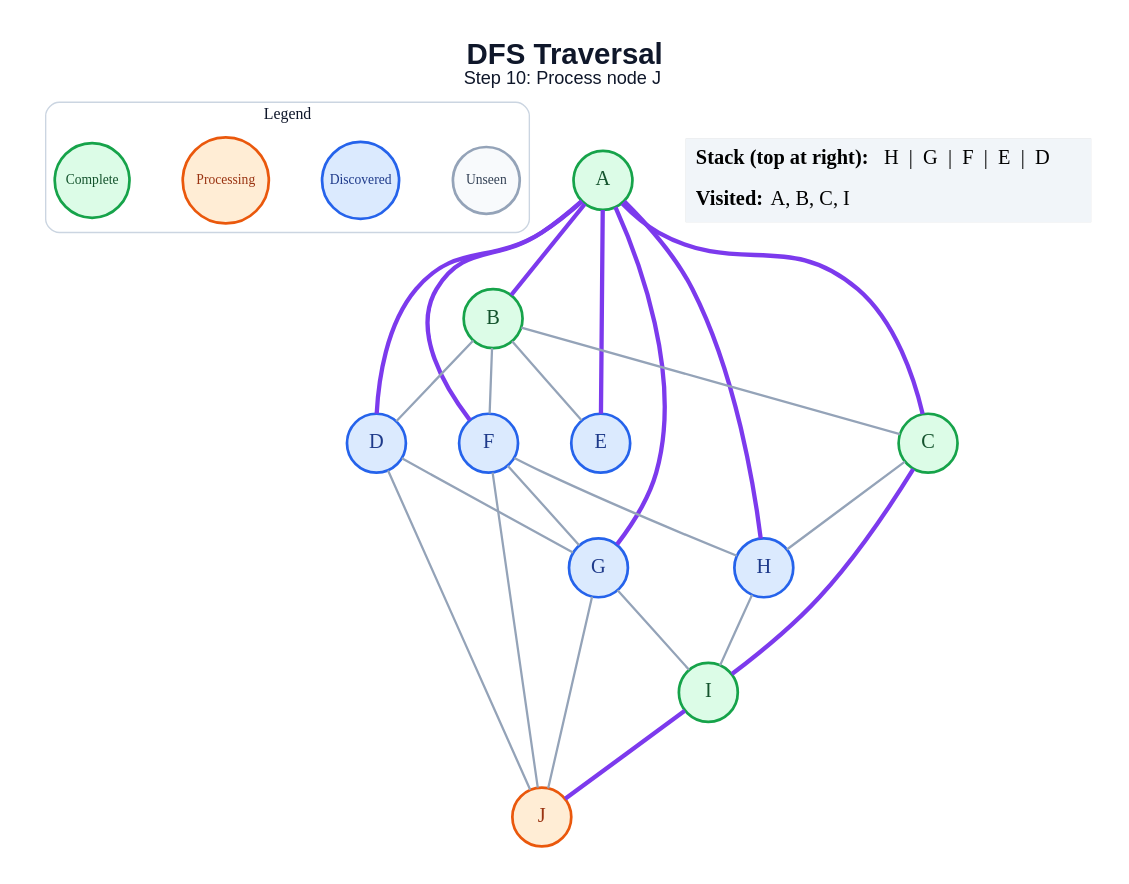
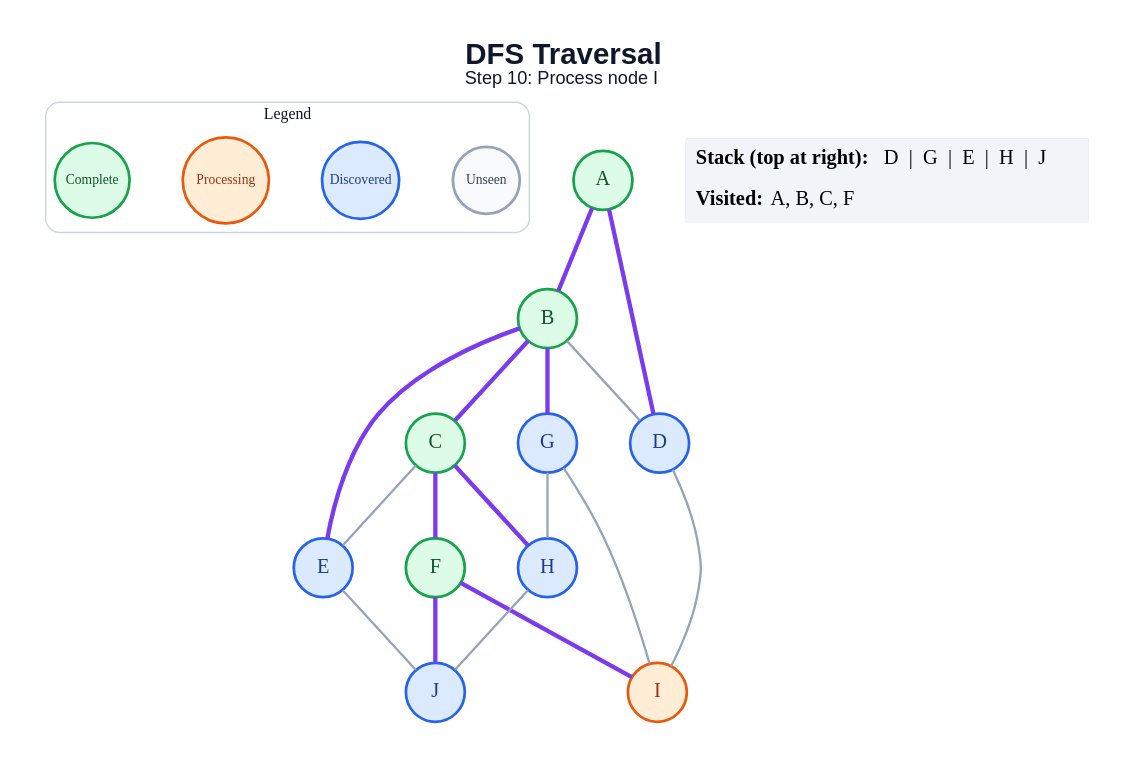
One commit to amanghodawala9/ai-slop changed the diagram in generated/dfs/step_10.dot. Above: the diagram before and after it, drawn with Graphviz. The commit also changed 178 other files, not shown here.

```diff
--- a/generated/dfs/step_10.dot
+++ b/generated/dfs/step_10.dot
@@ -1,51 +1,45 @@
 graph traversal {
   graph [layout=dot, rankdir=TB, bgcolor="#FFFFFF", pad="0.35", nodesep="0.65", ranksep="0.8", fontname="Arial"];
   node [shape=circle, style="filled", fontname="Arial Bold", fontsize=18, width=0.72, fixedsize=true, penwidth=2.4];
   edge [color="#94A3B8", penwidth=2.0];
-  label=<<B>DFS Traversal</B><BR/><FONT POINT-SIZE="16">Step 10: Process node J</FONT>>; labelloc="t"; fontsize=26; fontname="Arial"; fontcolor="#0F172A";
+  label=<<B>DFS Traversal</B><BR/><FONT POINT-SIZE="16">Step 10: Process node I</FONT>>; labelloc="t"; fontsize=26; fontname="Arial"; fontcolor="#0F172A";
   subgraph cluster_legend { label="Legend"; color="#CBD5E1"; penwidth=1.2; style="rounded"; fontsize=14; fontname="Arial Bold";
     key_unseen [label="Unseen", fillcolor="#F8FAFC", color="#94A3B8", fontcolor="#334155", fontsize=12, width=0.82];
     key_frontier [label="Discovered", fillcolor="#DBEAFE", color="#2563EB", fontcolor="#1E3A8A", fontsize=12, width=0.95];
     key_current [label="Processing", fillcolor="#FFEDD5", color="#EA580C", fontcolor="#9A3412", fontsize=12, width=1.05];
     key_done [label="Complete", fillcolor="#DCFCE7", color="#16A34A", fontcolor="#14532D", fontsize=12, width=0.92];
     { rank=same; key_unseen; key_frontier; key_current; key_done; }
   }
   A [fillcolor="#DCFCE7", color="#16A34A", fontcolor="#14532D"];
   B [fillcolor="#DCFCE7", color="#16A34A", fontcolor="#14532D"];
   C [fillcolor="#DCFCE7", color="#16A34A", fontcolor="#14532D"];
   D [fillcolor="#DBEAFE", color="#2563EB", fontcolor="#1E3A8A"];
   E [fillcolor="#DBEAFE", color="#2563EB", fontcolor="#1E3A8A"];
-  F [fillcolor="#DBEAFE", color="#2563EB", fontcolor="#1E3A8A"];
+  F [fillcolor="#DCFCE7", color="#16A34A", fontcolor="#14532D"];
   G [fillcolor="#DBEAFE", color="#2563EB", fontcolor="#1E3A8A"];
   H [fillcolor="#DBEAFE", color="#2563EB", fontcolor="#1E3A8A"];
-  I [fillcolor="#DCFCE7", color="#16A34A", fontcolor="#14532D"];
-  J [fillcolor="#FFEDD5", color="#EA580C", fontcolor="#9A3412"];
+  I [fillcolor="#FFEDD5", color="#EA580C", fontcolor="#9A3412"];
+  J [fillcolor="#DBEAFE", color="#2563EB", fontcolor="#1E3A8A"];
   A -- B [color="#7C3AED", penwidth=3.8];
-  A -- C [color="#7C3AED", penwidth=3.8];
   A -- D [color="#7C3AED", penwidth=3.8];
-  A -- E [color="#7C3AED", penwidth=3.8];
-  A -- F [color="#7C3AED", penwidth=3.8];
-  A -- G [color="#7C3AED", penwidth=3.8];
-  A -- H [color="#7C3AED", penwidth=3.8];
-  B -- C;
+  B -- C [color="#7C3AED", penwidth=3.8];
   B -- D;
-  B -- E;
-  B -- F;
-  C -- H;
-  C -- I [color="#7C3AED", penwidth=3.8];
-  D -- G;
-  D -- J;
-  F -- G;
-  F -- H;
-  F -- J;
+  B -- E [color="#7C3AED", penwidth=3.8];
+  B -- G [color="#7C3AED", penwidth=3.8];
+  C -- E;
+  C -- F [color="#7C3AED", penwidth=3.8];
+  C -- H [color="#7C3AED", penwidth=3.8];
+  D -- I;
+  E -- J;
+  F -- I [color="#7C3AED", penwidth=3.8];
+  F -- J [color="#7C3AED", penwidth=3.8];
+  G -- H;
   G -- I;
-  G -- J;
-  H -- I;
-  I -- J [color="#7C3AED", penwidth=3.8];
+  H -- J;
   status [shape=plain, fixedsize=false, width=0, height=0, margin=0, label=<
     <TABLE BORDER="0" CELLBORDER="0" CELLPADDING="7" BGCOLOR="#F1F5F9">
-      <TR><TD ALIGN="LEFT"><B>Stack (top at right):</B> H  |  G  |  F  |  E  |  D</TD></TR>
-      <TR><TD ALIGN="LEFT"><B>Visited:</B> A, B, C, I</TD></TR>
+      <TR><TD ALIGN="LEFT"><B>Stack (top at right):</B> D  |  G  |  E  |  H  |  J</TD></TR>
+      <TR><TD ALIGN="LEFT"><B>Visited:</B> A, B, C, F</TD></TR>
     </TABLE>
   >];
 }
```
